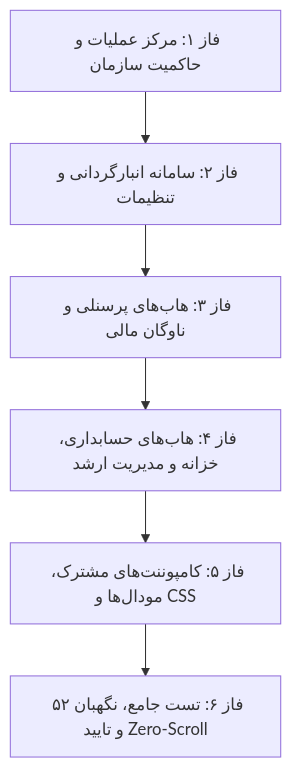
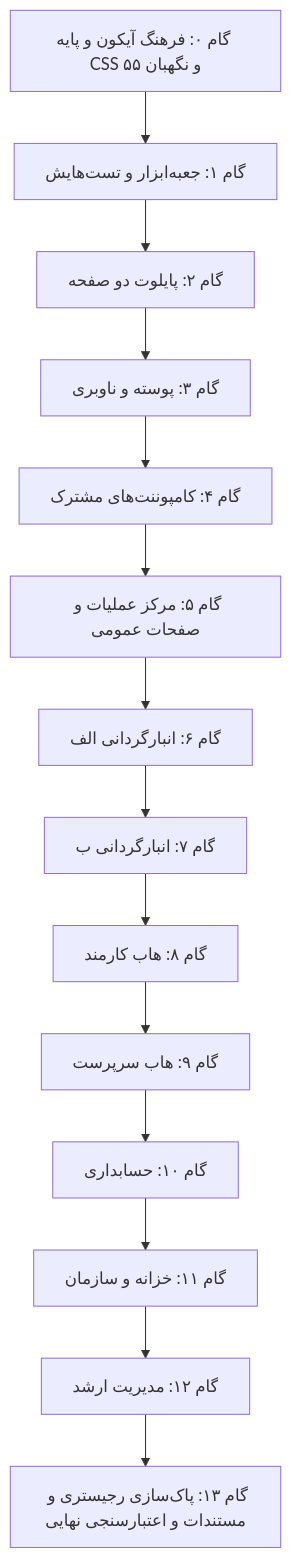
One commit to enayat-taghavi/warehouse changed the second of 2 diagrams in Documents/Responsive_Clickable_Ergonomics/implementation_plan_responsive_clickable_ergonomics.md. Above: the diagram before and after it, drawn with Mermaid. The commit also changed other lines of this file and 15 other files, not shown here.

````diff
--- a/Documents/Responsive_Clickable_Ergonomics/implementation_plan_responsive_clickable_ergonomics.md
+++ b/Documents/Responsive_Clickable_Ergonomics/implementation_plan_responsive_clickable_ergonomics.md
@@ -144,8 +340,16 @@
 ```mermaid
 graph TD
-    P1[فاز ۱: مرکز عملیات و حاکمیت سازمان] --> P2[فاز ۲: سامانه انبارگردانی و تنظیمات]
-    P2 --> P3[فاز ۳: هاب‌های پرسنلی و ناوگان مالی]
-    P3 --> P4[فاز ۴: هاب‌های حسابداری، خزانه و مدیریت ارشد]
-    P4 --> P5[فاز ۵: کامپوننت‌های مشترک، مودال‌ها و CSS]
-    P5 --> P6[فاز ۶: تست جامع، نگهبان ۵۲ و تایید Zero-Scroll]
+    S0[گام ۰: فرهنگ آیکون و پایه CSS و نگهبان ۵۵] --> S1[گام ۱: جعبه‌ابزار و تست‌هایش]
+    S1 --> S2[گام ۲: پایلوت دو صفحه]
+    S2 --> S3[گام ۳: پوسته و ناوبری]
+    S3 --> S4[گام ۴: کامپوننت‌های مشترک]
+    S4 --> S5[گام ۵: مرکز عملیات و صفحات عمومی]
+    S5 --> S6[گام ۶: انبارگردانی الف]
+    S6 --> S7[گام ۷: انبارگردانی ب]
+    S7 --> S8[گام ۸: هاب کارمند]
+    S8 --> S9[گام ۹: هاب سرپرست]
+    S9 --> S10[گام ۱۰: حسابداری]
+    S10 --> S11[گام ۱۱: خزانه و سازمان]
+    S11 --> S12[گام ۱۲: مدیریت ارشد]
+    S12 --> S13[گام ۱۳: پاک‌سازی رجیستری و مستندات و اعتبارسنجی نهایی]
 ```
````
